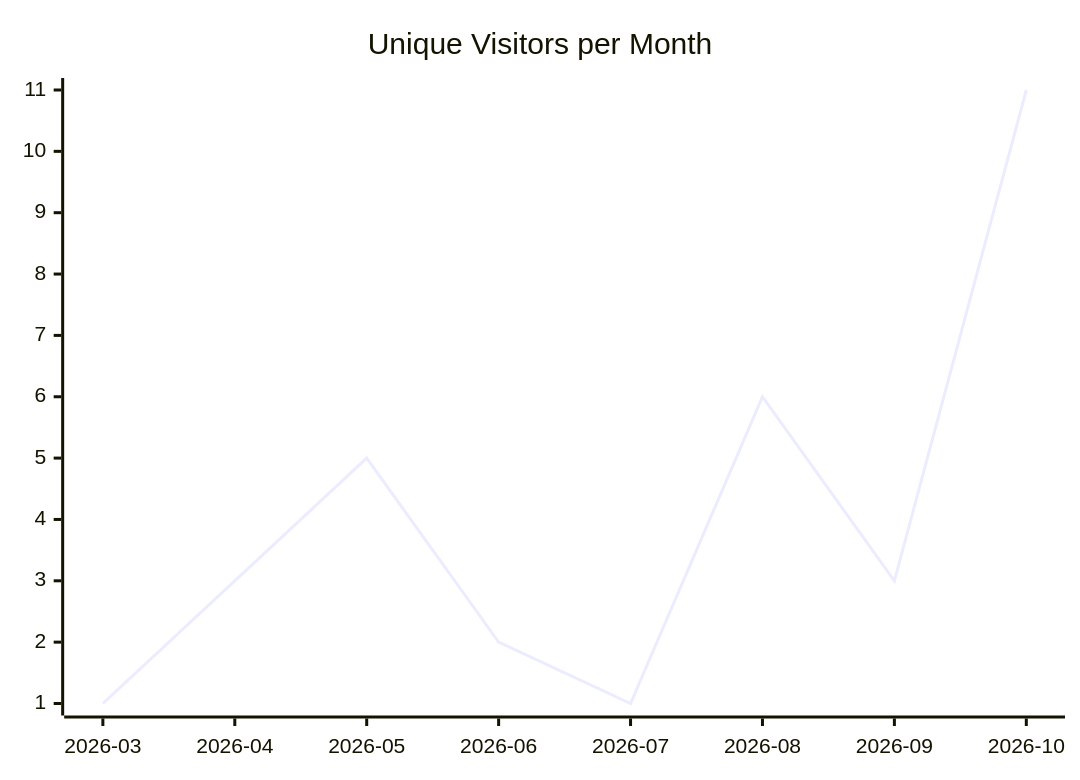
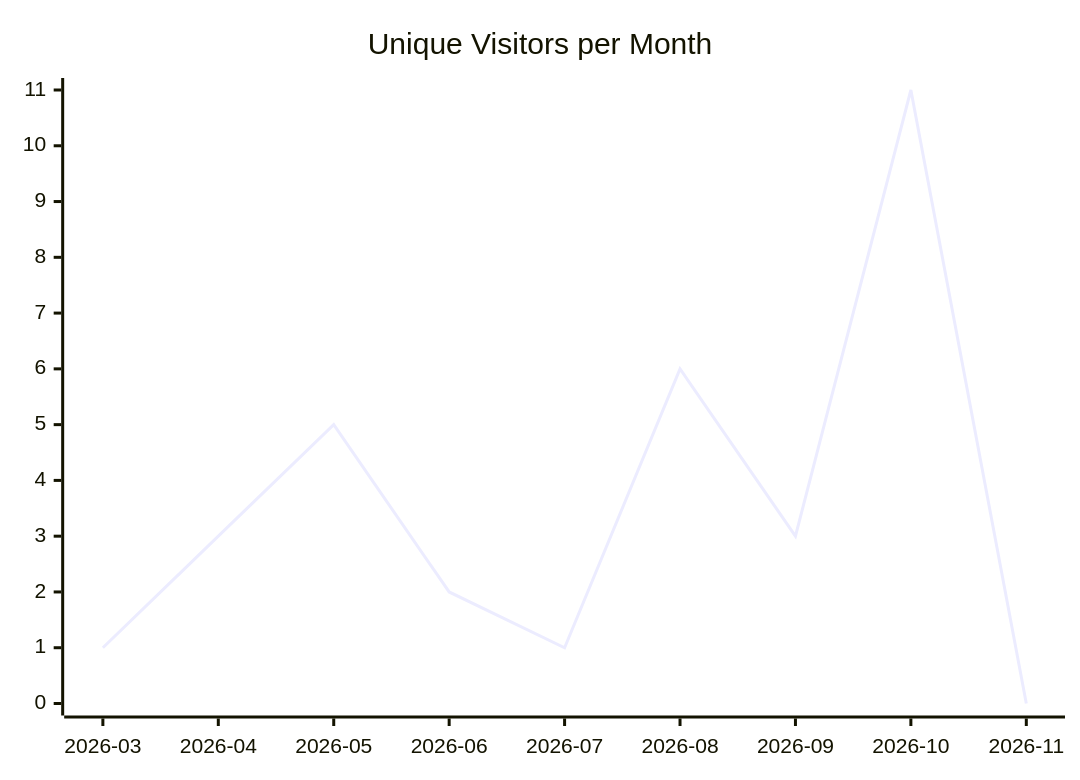
One commit to justdavis-family/github-analytics-data changed the first of 3 diagrams in justdavis-family/justdavis/README.md. Above: the diagram before and after it, drawn with Mermaid. The commit also changed other lines of this file and 201 other files, not shown here.

````diff
--- a/justdavis-family/justdavis/README.md
+++ b/justdavis-family/justdavis/README.md
@@ -5,6 +5,6 @@
 ```mermaid
 xychart-beta
   title "Unique Visitors per Month"
-  x-axis ["2026-03", "2026-04", "2026-05", "2026-06", "2026-07", "2026-08", "2026-09", "2026-10"]
-  line [1, 3, 5, 2, 1, 6, 3, 11]
+  x-axis ["2026-03", "2026-04", "2026-05", "2026-06", "2026-07", "2026-08", "2026-09", "2026-10", "2026-11"]
+  line [1, 3, 5, 2, 1, 6, 3, 11, 0]
 ```
````
